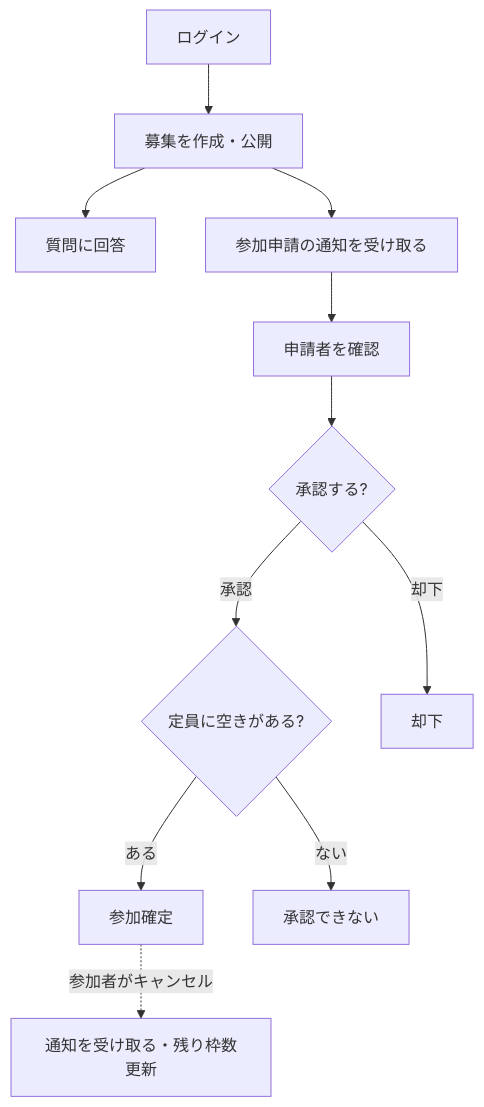
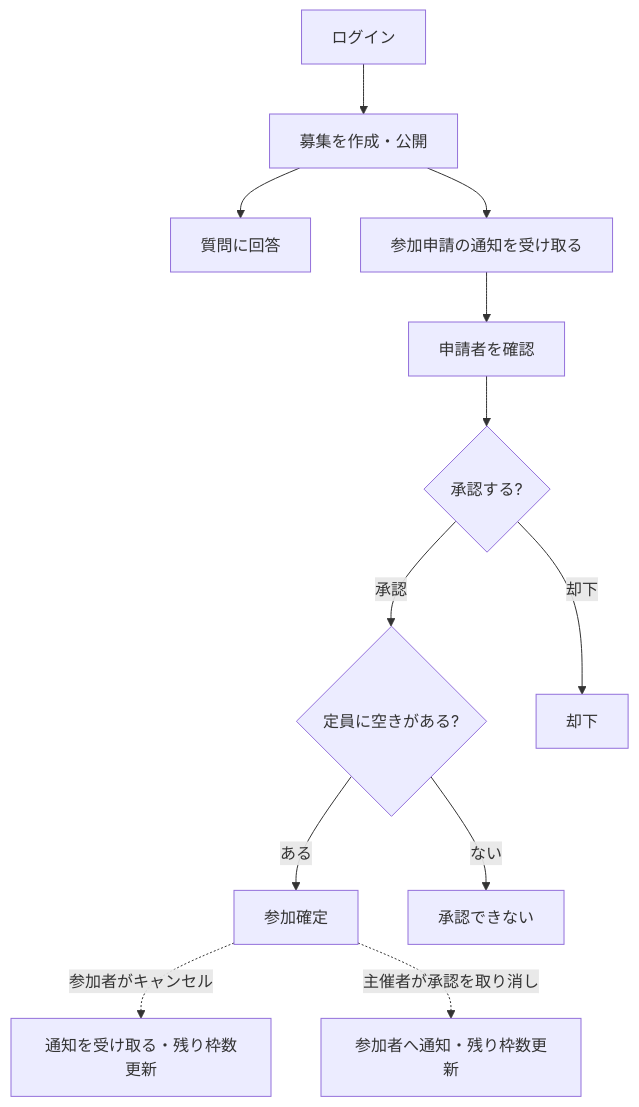
One commit to sysnovastudio-byte/nagoya-volleyball-matching changed the second of 3 diagrams in docs/02_ターゲット・利用シーン.md. Above: the diagram before and after it, drawn with Mermaid. The commit also changed other lines of this file and 6 other files, not shown here.

````diff
--- a/docs/02_ターゲット・利用シーン.md
+++ b/docs/02_ターゲット・利用シーン.md
@@ -82,13 +82,14 @@
 ```mermaid
 flowchart TD
     A[ログイン] --> B[募集を作成・公開]
     B --> C[質問に回答]
     B --> D[参加申請の通知を受け取る]
     D --> E[申請者を確認]
     E --> F{承認する?}
     F -- 承認 --> G{定員に空きがある?}
     G -- ある --> H[参加確定]
     G -- ない --> I[承認できない]
     F -- 却下 --> J[却下]
     H -. 参加者がキャンセル .-> K[通知を受け取る・残り枠数更新]
+    H -. 主催者が承認を取り消し .-> L[参加者へ通知・残り枠数更新]
 ```
````
